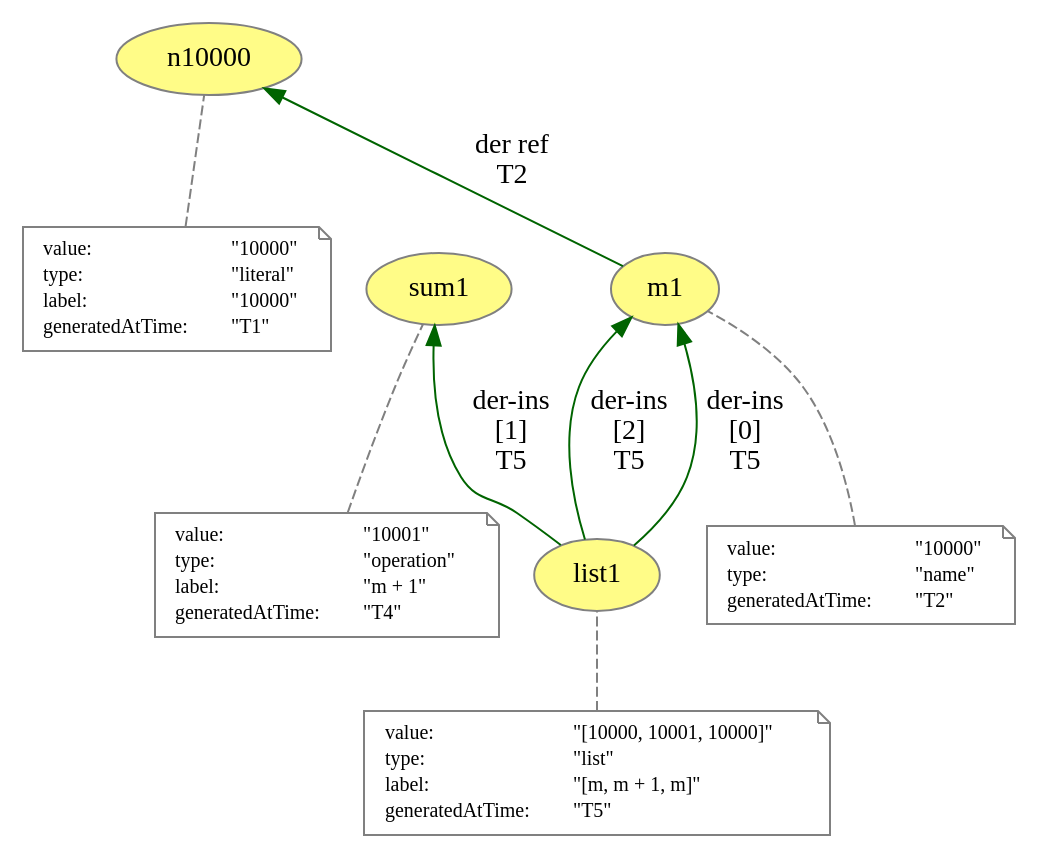
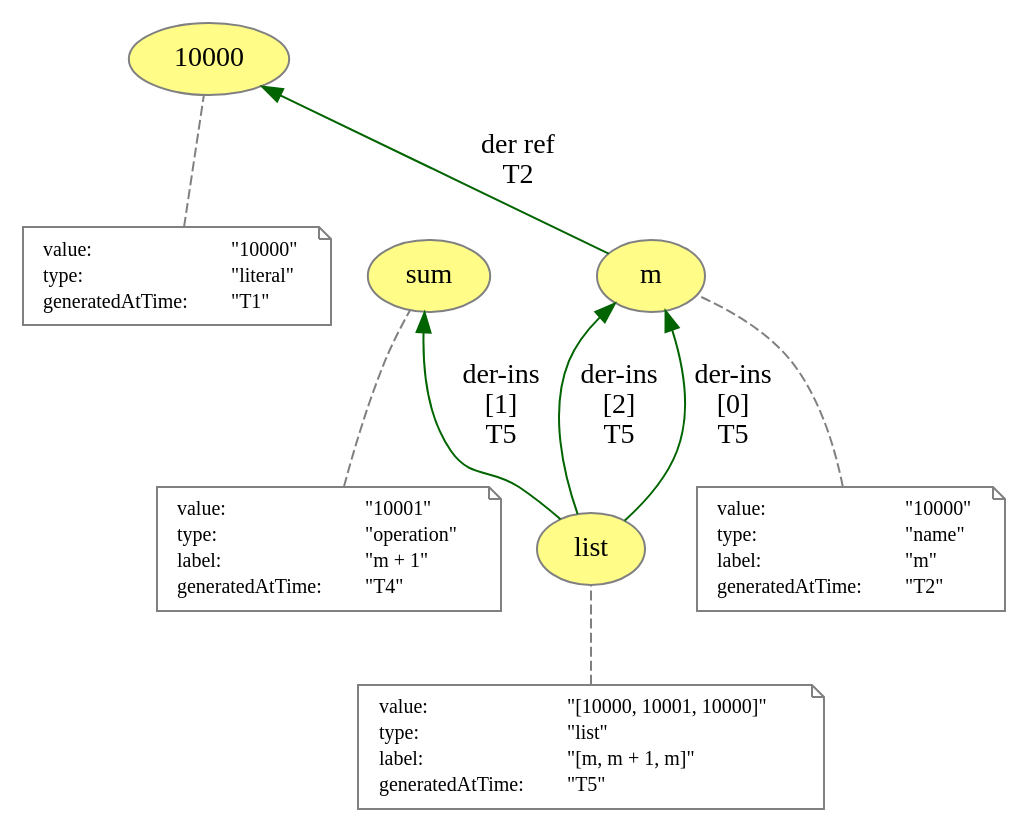
Before and after one commit to dew-uff/versioned-prov: the diagram in versioned_prov/list.dot, drawn with Graphviz. The commit also changed 51 other files, not shown here.

```diff
--- a/versioned_prov/list.dot
+++ b/versioned_prov/list.dot
@@ -1,89 +1,89 @@
 digraph "PROV" { size="16,12"; rankdir="BT";
-"http://example.org/n10000" [fillcolor="#FFFC87",color="#808080",style="filled",label="n10000",URL="http://example.org/n10000"]
+"http://example.org/10000" [fillcolor="#FFFC87",color="#808080",style="filled",label="10000",URL="http://example.org/10000"]
 "-attrs0" [color="gray",shape="note",fontsize="10",fontcolor="black",label=<<TABLE cellpadding="0" border="0">
 	<TR>
 	    <TD align="left">value:</TD>
 	    <TD align="left">&quot;10000&quot;</TD>
 	</TR>
 	<TR>
 	    <TD align="left">type:</TD>
 	    <TD align="left">&quot;literal&quot;</TD>
 	</TR>
 	<TR>
-	    <TD align="left">label:</TD>
-	    <TD align="left">&quot;10000&quot;</TD>
-	</TR>
-	<TR>
 	    <TD align="left">generatedAtTime:</TD>
 	    <TD align="left">&quot;T1&quot;</TD>
 	</TR>
 </TABLE>>]
-"-attrs0" -> "http://example.org/n10000" [color="gray",style="dashed",arrowhead="none"]
-"http://example.org/m1" [fillcolor="#FFFC87",color="#808080",style="filled",label="m1",URL="http://example.org/m1"]
+"-attrs0" -> "http://example.org/10000" [color="gray",style="dashed",arrowhead="none"]
+"http://example.org/m" [fillcolor="#FFFC87",color="#808080",style="filled",label="m",URL="http://example.org/m"]
 "-attrs1" [color="gray",shape="note",fontsize="10",fontcolor="black",label=<<TABLE cellpadding="0" border="0">
 	<TR>
 	    <TD align="left">value:</TD>
 	    <TD align="left">&quot;10000&quot;</TD>
 	</TR>
 	<TR>
 	    <TD align="left">type:</TD>
 	    <TD align="left">&quot;name&quot;</TD>
 	</TR>
 	<TR>
+	    <TD align="left">label:</TD>
+	    <TD align="left">&quot;m&quot;</TD>
+	</TR>
+	<TR>
 	    <TD align="left">generatedAtTime:</TD>
 	    <TD align="left">&quot;T2&quot;</TD>
 	</TR>
 </TABLE>>]
-"-attrs1" -> "http://example.org/m1" [color="gray",style="dashed",arrowhead="none"]
-"http://example.org/m1" -> "http://example.org/n10000" [labelfontsize="8",labeldistance="1.5",color="darkgreen",labelangle="60.0",rotation="20",label="der ref
+"-attrs1" -> "http://example.org/m" [color="gray",style="dashed",arrowhead="none"]
+"http://example.org/m" -> "http://example.org/10000" [labelfontsize="8",labeldistance="1.5",color="darkgreen",labelangle="60.0",rotation="20",label="der ref
 T2"]
-"http://example.org/sum1" [fillcolor="#FFFC87",color="#808080",style="filled",label="sum1",URL="http://example.org/sum1"]
+"http://example.org/sum" [fillcolor="#FFFC87",color="#808080",style="filled",label="sum",URL="http://example.org/sum"]
 "-attrs2" [color="gray",shape="note",fontsize="10",fontcolor="black",label=<<TABLE cellpadding="0" border="0">
 	<TR>
 	    <TD align="left">value:</TD>
 	    <TD align="left">&quot;10001&quot;</TD>
 	</TR>
 	<TR>
 	    <TD align="left">type:</TD>
 	    <TD align="left">&quot;operation&quot;</TD>
 	</TR>
 	<TR>
 	    <TD align="left">label:</TD>
 	    <TD align="left">&quot;m + 1&quot;</TD>
 	</TR>
 	<TR>
 	    <TD align="left">generatedAtTime:</TD>
 	    <TD align="left">&quot;T4&quot;</TD>
 	</TR>
 </TABLE>>]
-"-attrs2" -> "http://example.org/sum1" [color="gray",style="dashed",arrowhead="none"]
-"http://example.org/list1" [fillcolor="#FFFC87",color="#808080",style="filled",label="list1",URL="http://example.org/list1"]
+"-attrs2" -> "http://example.org/sum" [color="gray",style="dashed",arrowhead="none"]
+"http://example.org/list" [fillcolor="#FFFC87",color="#808080",style="filled",label="list",URL="http://example.org/list"]
 "-attrs3" [color="gray",shape="note",fontsize="10",fontcolor="black",label=<<TABLE cellpadding="0" border="0">
 	<TR>
 	    <TD align="left">value:</TD>
 	    <TD align="left">&quot;[10000, 10001, 10000]&quot;</TD>
 	</TR>
 	<TR>
 	    <TD align="left">type:</TD>
 	    <TD align="left">&quot;list&quot;</TD>
 	</TR>
 	<TR>
 	    <TD align="left">label:</TD>
 	    <TD align="left">&quot;[m, m + 1, m]&quot;</TD>
 	</TR>
 	<TR>
 	    <TD align="left">generatedAtTime:</TD>
 	    <TD align="left">&quot;T5&quot;</TD>
 	</TR>
 </TABLE>>]
-"-attrs3" -> "http://example.org/list1" [color="gray",style="dashed",arrowhead="none"]
-"http://example.org/list1" -> "http://example.org/m1" [labelfontsize="8",labeldistance="1.5",color="darkgreen",labelangle="60.0",rotation="20",label="der-ins
+"-attrs3" -> "http://example.org/list" [color="gray",style="dashed",arrowhead="none"]
+"http://example.org/list" -> "http://example.org/m" [labelfontsize="8",labeldistance="1.5",color="darkgreen",labelangle="60.0",rotation="20",label="der-ins
 [0]
 T5"]
-"http://example.org/list1" -> "http://example.org/sum1" [labelfontsize="8",labeldistance="1.5",color="darkgreen",labelangle="60.0",rotation="20",label="der-ins
+"http://example.org/list" -> "http://example.org/sum" [labelfontsize="8",labeldistance="1.5",color="darkgreen",labelangle="60.0",rotation="20",label="der-ins
 [1]
 T5"]
-"http://example.org/list1" -> "http://example.org/m1" [labelfontsize="8",labeldistance="1.5",color="darkgreen",labelangle="60.0",rotation="20",label="der-ins
+"http://example.org/list" -> "http://example.org/m" [labelfontsize="8",labeldistance="1.5",color="darkgreen",labelangle="60.0",rotation="20",label="der-ins
 [2]
 T5"]
 }
```
